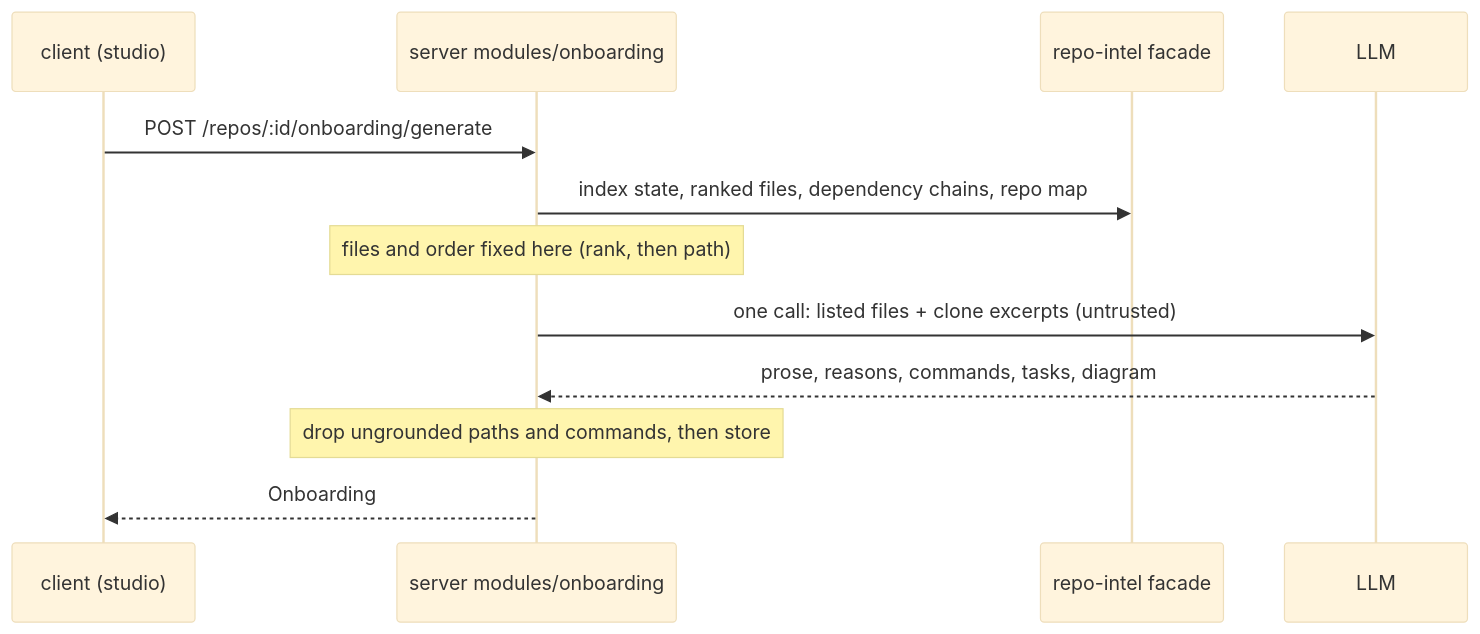
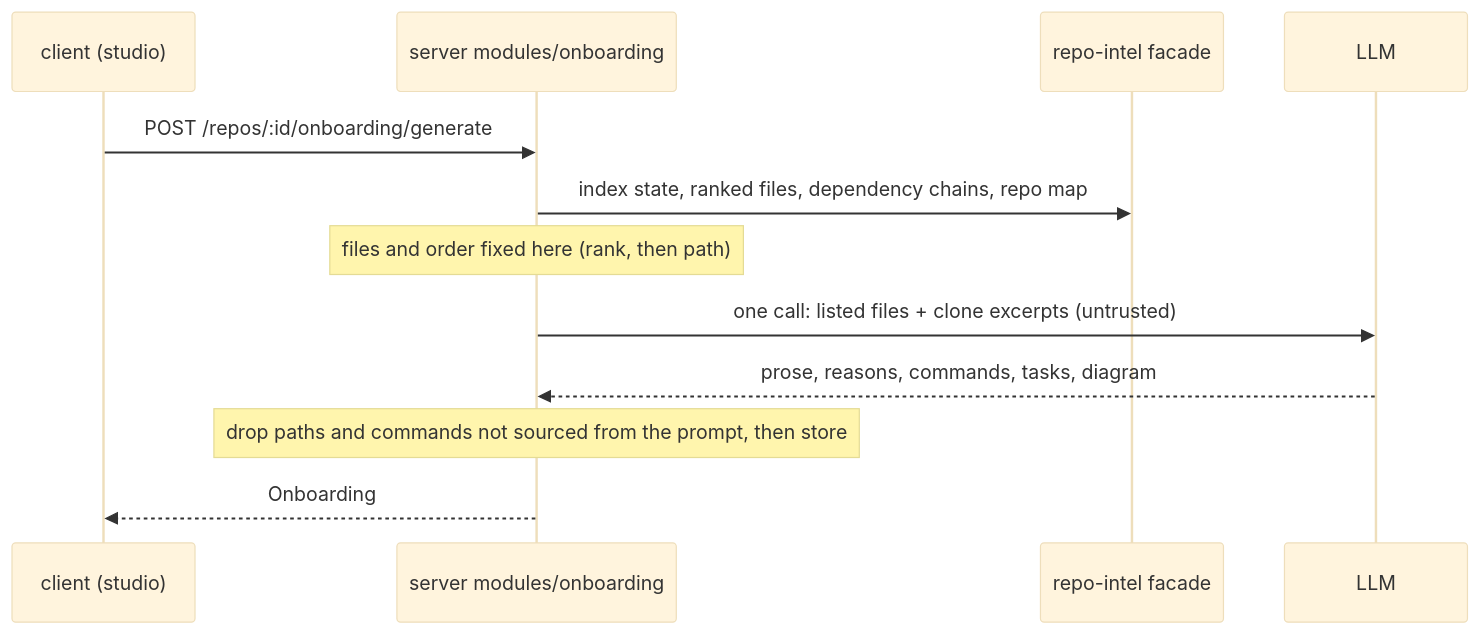
The diagram in specs/2026-10-01-onboarding-generator.md (dmitrii1600/dev-digest), drawn with Mermaid (base theme) before and after one commit. The commit also changed other lines of this file and 1 other file, not shown here.

````diff
--- a/specs/2026-10-01-onboarding-generator.md
+++ b/specs/2026-10-01-onboarding-generator.md
@@ -122,14 +126,14 @@
 ```mermaid
 sequenceDiagram
   participant W as client (studio)
   participant S as server modules/onboarding
   participant R as repo-intel facade
   participant L as LLM
   W->>S: POST /repos/:id/onboarding/generate
   S->>R: index state, ranked files, dependency chains, repo map
   Note over S: files and order fixed here (rank, then path)
   S->>L: one call: listed files + clone excerpts (untrusted)
   L-->>S: prose, reasons, commands, tasks, diagram
-  Note over S: drop ungrounded paths and commands, then store
+  Note over S: drop paths and commands not sourced from the prompt, then store
   S-->>W: Onboarding
 ```
````
